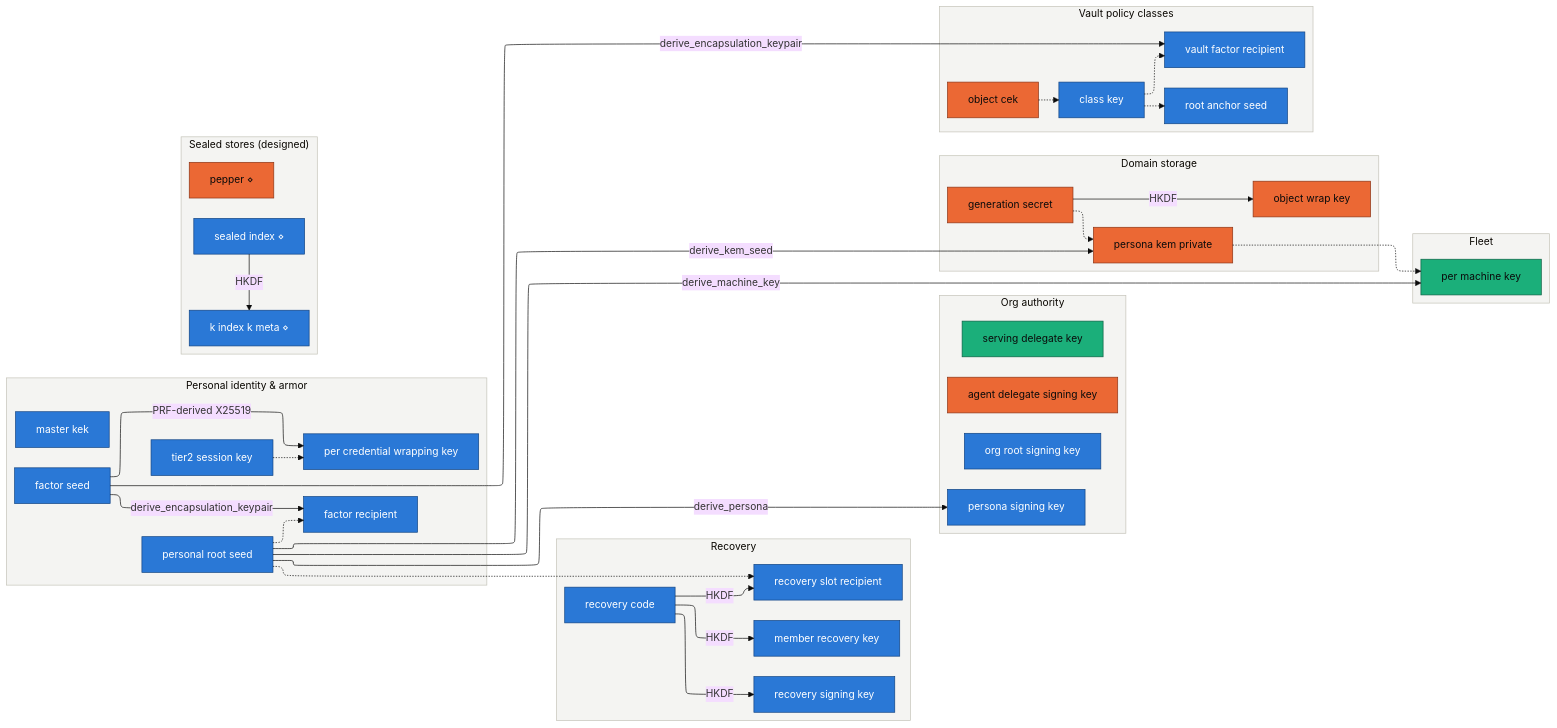
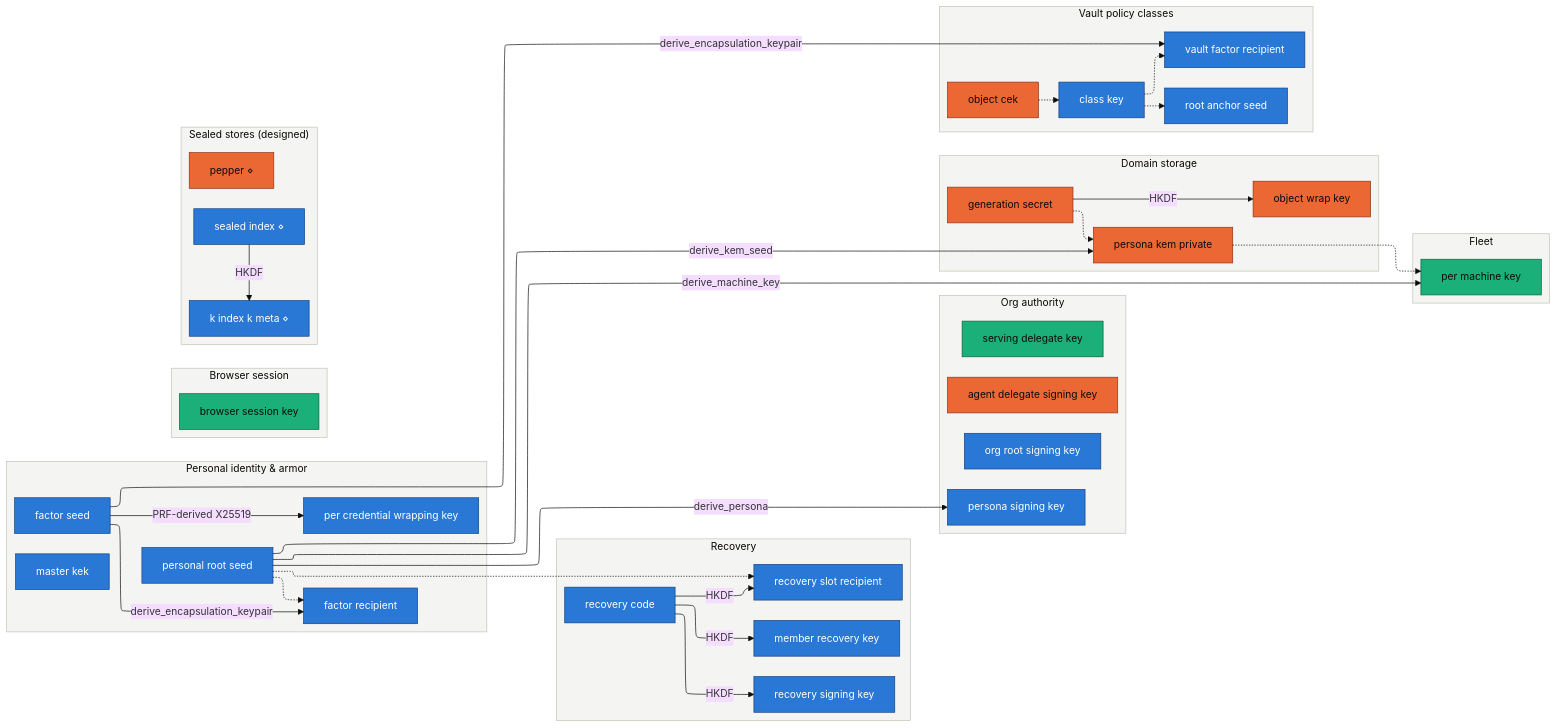
Before and after one commit to auto-network/autonomy: the diagram in tools/network/keyreg/generated/key-graph.mmd, drawn with Mermaid. The commit also changed 6 other files, not shown here.

First line of the commit message:
Key registry: the browser session key, corrected against the code

```diff
--- a/tools/network/keyreg/generated/key-graph.mmd
+++ b/tools/network/keyreg/generated/key-graph.mmd
@@ -1,77 +1,79 @@
 %%{init: {"theme": "base", "flowchart": {"defaultRenderer": "elk", "nodeSpacing": 26, "rankSpacing": 42, "curve": "basis", "useMaxWidth": false}, "themeVariables": {"fontSize": "15px", "clusterBkg": "#f4f4f2", "clusterBorder": "#c3c2b7"}}}%%
 graph LR
     %% Generated from registry.yaml by gen.py — do not edit by hand.
     %% Clusters are the registry's group field (one subsystem each).
     %% Solid arrows: derivation (parent to child). Dashed arrows: the
     %% key's material is sealed to the recipient key. Node color is
     %% custody class: blue cold, orange memory, green disk. A diamond
     %% marks a design-only key. Prose seals remain in the register.
     classDef cold fill:#2a78d6,color:#ffffff,stroke:#104281,stroke-width:1px
     classDef memory fill:#eb6834,color:#0b0b0b,stroke:#8a3315,stroke-width:1px
     classDef disk fill:#1baf7a,color:#0b0b0b,stroke:#0b5e41,stroke-width:1px
     classDef public fill:#eda100,color:#0b0b0b,stroke:#7a5300,stroke-width:1px
     subgraph identity_armor["Personal identity & armor"]
         direction TB
         factor_recipient["factor recipient"]:::cold
         factor_seed["factor seed"]:::cold
         master_kek["master kek"]:::cold
         per_credential_wrapping_key["per credential wrapping key"]:::cold
         personal_root_seed["personal root seed"]:::cold
-        tier2_session_key["tier2 session key"]:::cold
+    end
+    subgraph browser["Browser session"]
+        direction TB
+        browser_session_key["browser session key"]:::disk
     end
     subgraph recovery["Recovery"]
         direction TB
         member_recovery_key["member recovery key"]:::cold
         recovery_code["recovery code"]:::cold
         recovery_signing_key["recovery signing key"]:::cold
         recovery_slot_recipient["recovery slot recipient"]:::cold
     end
     subgraph org_authority["Org authority"]
         direction TB
         agent_delegate_signing_key["agent delegate signing key"]:::memory
         org_root_signing_key["org root signing key"]:::cold
         persona_signing_key["persona signing key"]:::cold
         serving_delegate_key["serving delegate key"]:::disk
     end
     subgraph domain_storage["Domain storage"]
         direction TB
         generation_secret["generation secret"]:::memory
         object_wrap_key["object wrap key"]:::memory
         persona_kem_private["persona kem private"]:::memory
     end
     subgraph vault_classes["Vault policy classes"]
         direction TB
         class_key["class key"]:::cold
         object_cek["object cek"]:::memory
         root_anchor_seed["root anchor seed"]:::cold
         vault_factor_recipient["vault factor recipient"]:::cold
     end
     subgraph sealed_stores["Sealed stores (designed)"]
         direction TB
         k_index_k_meta["k index k meta ⋄"]:::cold
         pepper["pepper ⋄"]:::memory
         sealed_index["sealed index ⋄"]:::cold
     end
     subgraph fleet["Fleet"]
         direction TB
         per_machine_key["per machine key"]:::disk
     end
     factor_seed -->|derive_encapsulation_keypair| factor_recipient
     sealed_index -->|HKDF| k_index_k_meta
     recovery_code -->|HKDF| member_recovery_key
     generation_secret -->|HKDF| object_wrap_key
     factor_seed -->|PRF-derived X25519| per_credential_wrapping_key
     personal_root_seed -->|derive_machine_key| per_machine_key
     personal_root_seed -->|derive_kem_seed| persona_kem_private
     personal_root_seed -->|derive_persona| persona_signing_key
     recovery_code -->|HKDF| recovery_signing_key
     recovery_code -->|HKDF| recovery_slot_recipient
     factor_seed -->|derive_encapsulation_keypair| vault_factor_recipient
     class_key -.-> vault_factor_recipient
     class_key -.-> root_anchor_seed
     generation_secret -.-> persona_kem_private
     object_cek -.-> class_key
     persona_kem_private -.-> per_machine_key
     personal_root_seed -.-> factor_recipient
     personal_root_seed -.-> recovery_slot_recipient
-    tier2_session_key -.-> per_credential_wrapping_key
```
